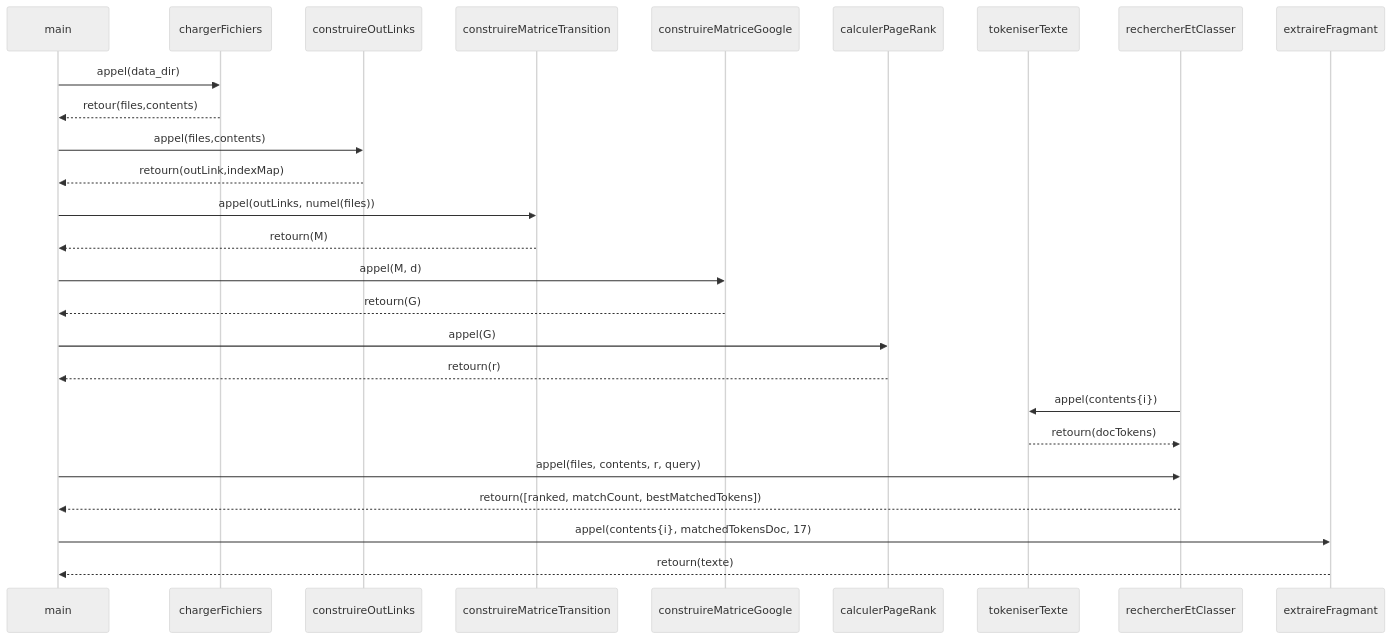
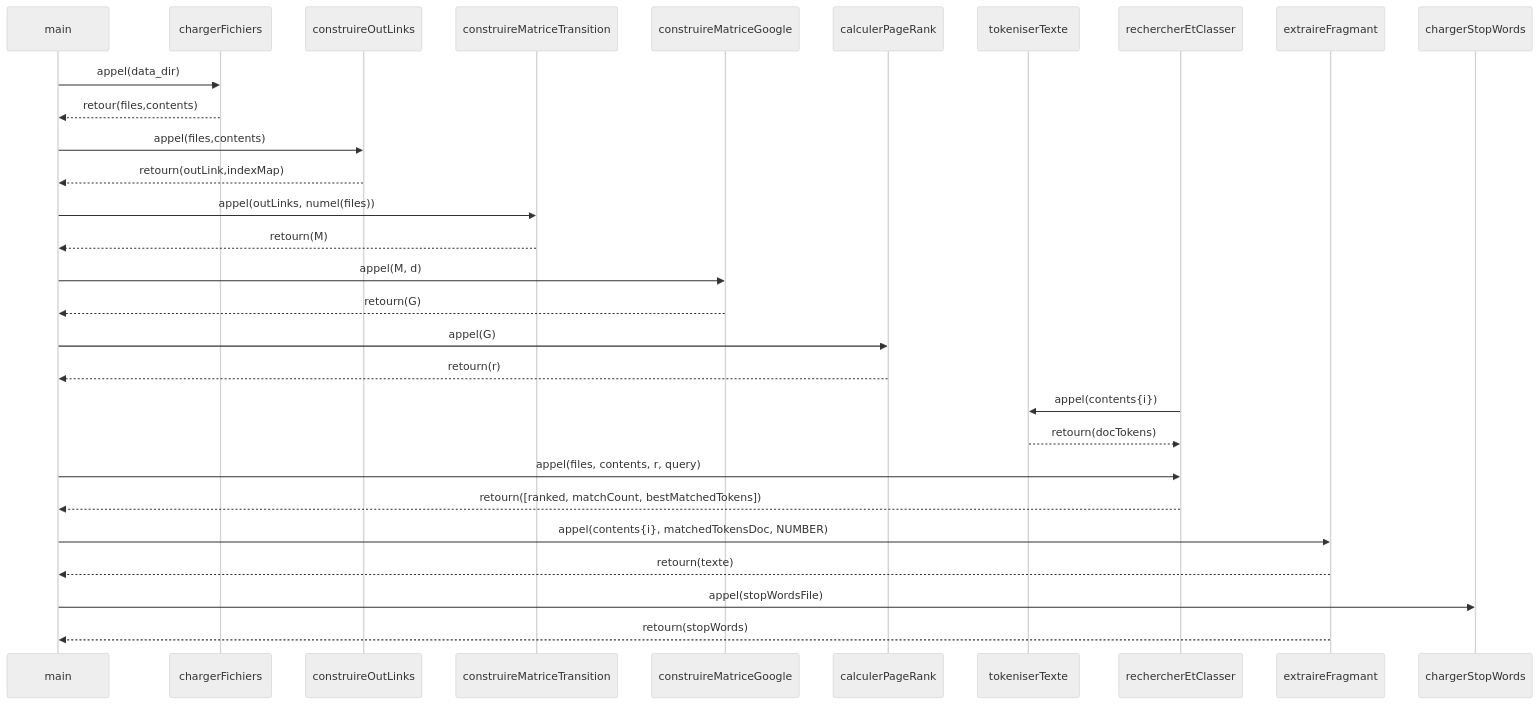
One commit to Perras2357/DataAnalyste changed the diagram in PageRank/Readme.md. Above: the diagram before and after it, drawn with Mermaid (neutral theme). The commit also changed other lines of this file, not shown here.

````diff
--- a/PageRank/Readme.md
+++ b/PageRank/Readme.md
@@ -30,30 +31,35 @@
 ```mermaid
 sequenceDiagram
     participant A as main
     participant B as chargerFichiers
     participant C as construireOutLinks
     participant D as construireMatriceTransition
     participant E as construireMatriceGoogle 
     participant F as calculerPageRank
     participant G as tokeniserTexte
     participant H as rechercherEtClasser
     participant I as extraireFragmant
+    participant J as chargerStopWords
+
 
 
     A->>B: appel(data_dir)
     B-->>A: retour(files,contents)
     A->>C: appel(files,contents)
     C-->>A: retourn(outLink,indexMap)
     A->>D: appel(outLinks, numel(files))
     D-->>A: retourn(M)
     A->>E: appel(M, d)
     E-->>A: retourn(G)
     A->>F: appel(G)
     F-->>A: retourn(r)
     H->>G: appel(contents{i})
     G-->>H: retourn(docTokens)
     A->>H: appel(files, contents, r, query)
     H-->>A: retourn([ranked, matchCount, bestMatchedTokens])
-    A->>I: appel(contents{i}, matchedTokensDoc, 17)
+    A->>I: appel(contents{i}, matchedTokensDoc, NUMBER)
     I-->>A: retourn(texte)
+    A->>J: appel(stopWordsFile)
+    I-->>A: retourn(stopWords)
+
 ```
````
